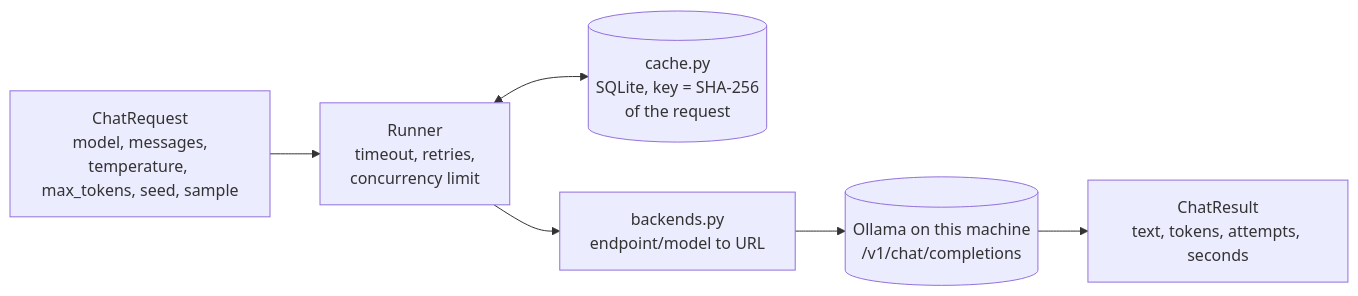
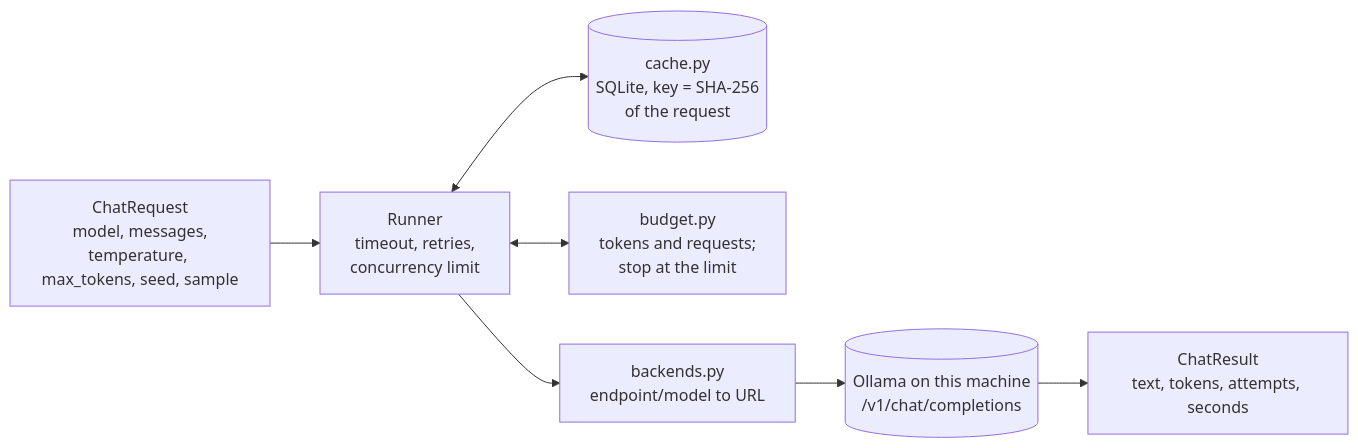
The diagram in docs/architecture/runner.md (actions-marketplace-validations/imhammad_modelbump), drawn with Mermaid before and after one commit. The commit also changed other lines of this file and 10 other files, not shown here.

First line of the commit message:
feat(runner): limit tokens and requests per run (ADR 0038) (#57)

````diff
--- a/docs/architecture/runner.md
+++ b/docs/architecture/runner.md
@@ -7,8 +7,9 @@
 ```mermaid
 flowchart LR
     req[ChatRequest<br/>model, messages,<br/>temperature, max_tokens, seed, sample] --> run[Runner<br/>timeout, retries,<br/>concurrency limit]
     run <--> cache[(cache.py<br/>SQLite, key = SHA-256<br/>of the request)]
+    run <--> budget[budget.py<br/>tokens and requests;<br/>stop at the limit]
     run --> resolve[backends.py<br/>endpoint/model to URL]
     resolve --> ollama[(Ollama on this machine<br/>/v1/chat/completions)]
     ollama --> result[ChatResult<br/>text, tokens, attempts, seconds]
 ```
````
